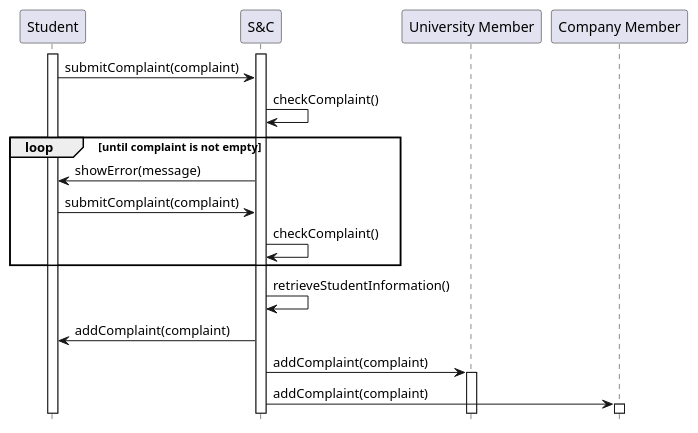
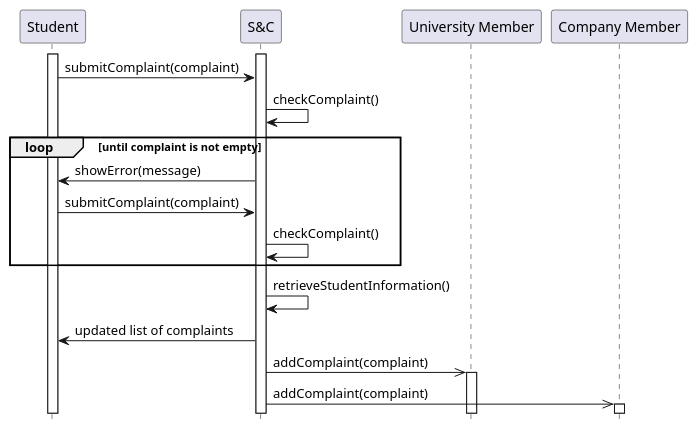
One commit to matti8702/R_and_DD_project_SE2 changed the diagram in RASD/Specific_requirements/uml_diagrams/UC24_diagram.puml. Above: the diagram before and after it, drawn with PlantUML. The commit also changed 12 other files, not shown here.

```diff
--- a/RASD/Specific_requirements/uml_diagrams/UC24_diagram.puml
+++ b/RASD/Specific_requirements/uml_diagrams/UC24_diagram.puml
@@ -1,25 +1,25 @@
 @startuml UC24_diagram
 hide footbox
 
 participant "Student" as ST
 participant "S&C" AS S
 participant "University Member" as UM
 participant "Company Member" as CM
 
 activate ST
 activate S
 
 ST -> S : submitComplaint(complaint)
 S  -> S : checkComplaint()
 loop until complaint is not empty
     S -> ST : showError(message)
     ST -> S : submitComplaint(complaint)
     S  -> S : checkComplaint()
 end
 S -> S : retrieveStudentInformation()
-S -> ST : addComplaint(complaint)
-S -> UM : addComplaint(complaint)
+S -> ST : updated list of complaints
+S ->> UM : addComplaint(complaint)
 activate UM
-S -> CM : addComplaint(complaint)
+S ->> CM : addComplaint(complaint)
 activate CM
 @enduml
```
